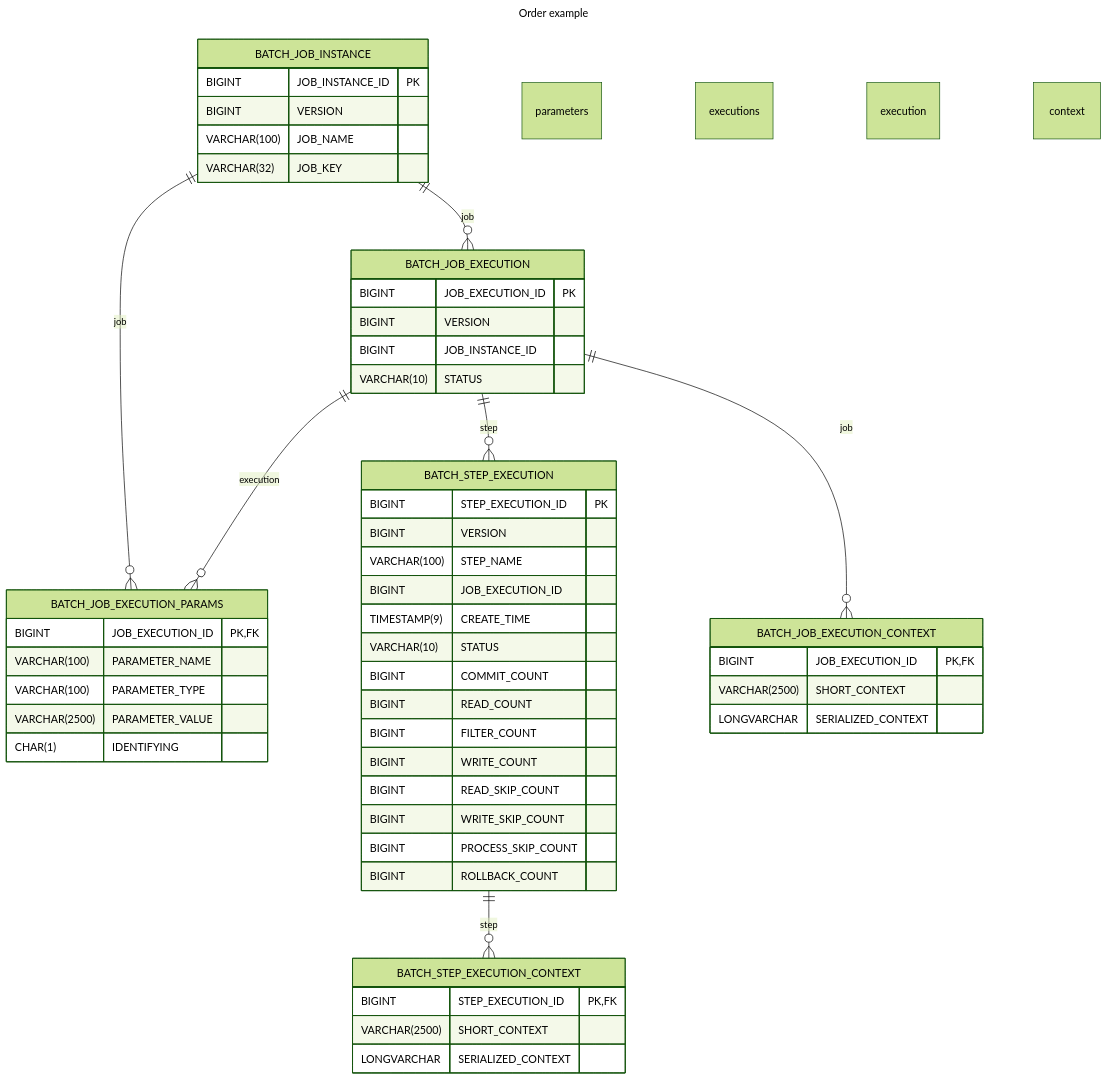
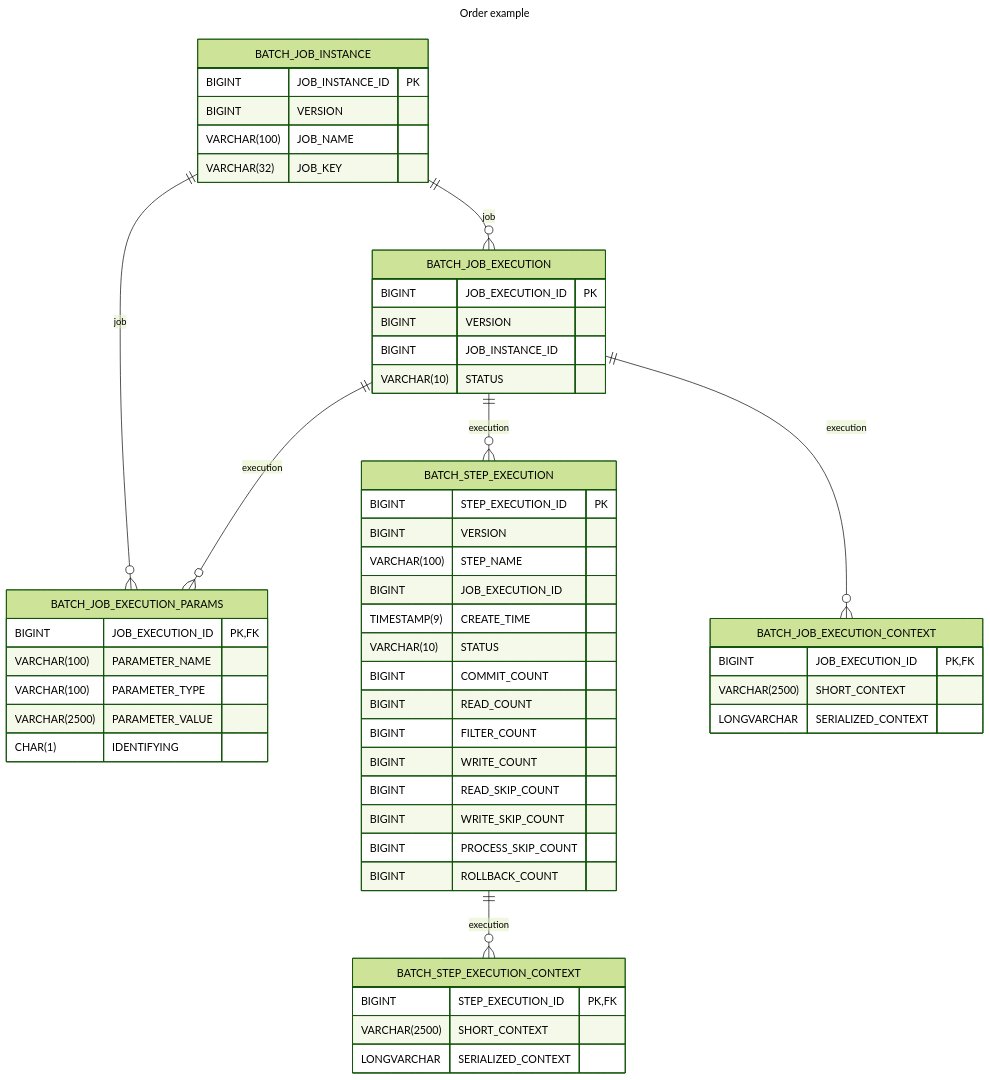
One commit to rock-hu/technology_radar changed the fourth of 4 diagrams in docs/languages-and-frameworks/spring-batch.md. Above: the diagram before and after it, drawn with Mermaid (forest theme). The commit also changed other lines of this file, not shown here.

Commit message:
fix mermaid classDiagram

````diff
--- a/docs/languages-and-frameworks/spring-batch.md
+++ b/docs/languages-and-frameworks/spring-batch.md
@@ -208,58 +226,58 @@
 ```mermaid
 ---
 title: Order example
 ---
 erDiagram
     BATCH_JOB_INSTANCE {
      BIGINT JOB_INSTANCE_ID PK
      BIGINT VERSION
      VARCHAR(100) JOB_NAME
      VARCHAR(32) JOB_KEY
     }
     BATCH_JOB_EXECUTION {
      BIGINT JOB_EXECUTION_ID PK
      BIGINT VERSION
      BIGINT JOB_INSTANCE_ID
      VARCHAR(10) STATUS
     }
     BATCH_JOB_EXECUTION_PARAMS {
      BIGINT JOB_EXECUTION_ID PK, FK
      VARCHAR(100) PARAMETER_NAME
      VARCHAR(100) PARAMETER_TYPE
      VARCHAR(2500) PARAMETER_VALUE
      CHAR(1) IDENTIFYING
     }
     BATCH_STEP_EXECUTION {
      BIGINT STEP_EXECUTION_ID PK
      BIGINT VERSION
      VARCHAR(100) STEP_NAME
      BIGINT JOB_EXECUTION_ID
      TIMESTAMP(9) CREATE_TIME
      VARCHAR(10) STATUS
      BIGINT COMMIT_COUNT
      BIGINT READ_COUNT
      BIGINT FILTER_COUNT
      BIGINT WRITE_COUNT
      BIGINT READ_SKIP_COUNT
      BIGINT WRITE_SKIP_COUNT
      BIGINT PROCESS_SKIP_COUNT
      BIGINT ROLLBACK_COUNT
     }
     BATCH_STEP_EXECUTION_CONTEXT {
      BIGINT STEP_EXECUTION_ID PK, FK
      VARCHAR(2500) SHORT_CONTEXT
      LONGVARCHAR SERIALIZED_CONTEXT
     }
     BATCH_JOB_EXECUTION_CONTEXT {
      BIGINT JOB_EXECUTION_ID PK, FK
      VARCHAR(2500) SHORT_CONTEXT
      LONGVARCHAR SERIALIZED_CONTEXT
     }
 
-    BATCH_JOB_INSTANCE ||--o{ BATCH_JOB_EXECUTION_PARAMS : job parameters
-    BATCH_JOB_INSTANCE ||--o{ BATCH_JOB_EXECUTION : job executions
-    BATCH_JOB_EXECUTION ||--o{ BATCH_JOB_EXECUTION_PARAMS : execution parameters
-    BATCH_JOB_EXECUTION ||--o{ BATCH_STEP_EXECUTION : step executions
-    BATCH_JOB_EXECUTION ||--o{ BATCH_JOB_EXECUTION_CONTEXT : job execution context
-    BATCH_STEP_EXECUTION ||--o{ BATCH_STEP_EXECUTION_CONTEXT : step execution context
+    BATCH_JOB_INSTANCE ||--o{ BATCH_JOB_EXECUTION_PARAMS : job
+    BATCH_JOB_INSTANCE ||--o{ BATCH_JOB_EXECUTION : job
+    BATCH_JOB_EXECUTION ||--o{ BATCH_JOB_EXECUTION_PARAMS : execution
+    BATCH_JOB_EXECUTION ||--o{ BATCH_STEP_EXECUTION : execution
+    BATCH_JOB_EXECUTION ||--o{ BATCH_JOB_EXECUTION_CONTEXT : execution
+    BATCH_STEP_EXECUTION ||--o{ BATCH_STEP_EXECUTION_CONTEXT : execution
 ```
````
